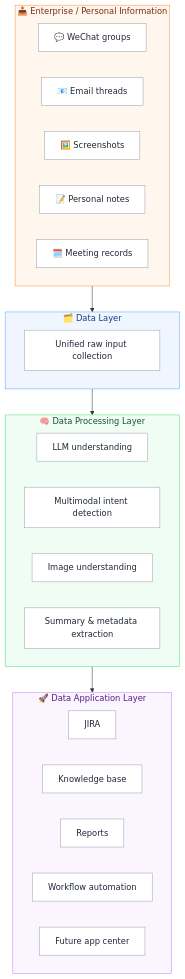
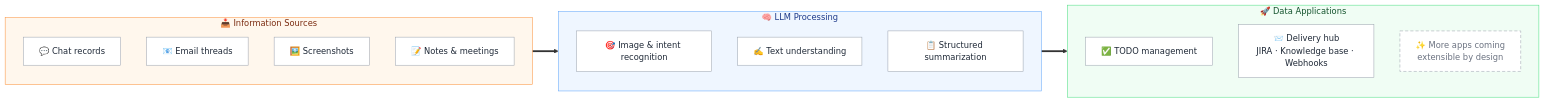
One commit to cloud2ai/devify changed the diagram in README.md. Above: the diagram before and after it, drawn with Mermaid. The commit also changed other lines of this file and 1 other file, not shown here.

Commit message:
Simplify architecture diagram and merge LLM platform sections
- Replace the two How-It-Works diagrams with a single pipeline:
  information sources -> LLM processing (image & intent recognition,
  text understanding, summarization) -> data applications (TODO
  management, delivery hub, dashed future-apps node for extensibility)
- Fold the Supported LLM Platforms list into Recommended LLM
  Providers and drop the redundant grid table
- Apply the same changes to README_ZH.md

````diff
--- a/README.md
+++ b/README.md
@@ -101,46 +101,38 @@
 ```mermaid
-flowchart TB
-    subgraph SRC["📥 Enterprise / Personal Information"]
-        direction LR
-        S1["💬 WeChat groups"]
+flowchart LR
+    subgraph SRC["📥 Information Sources"]
+        direction TB
+        S1["💬 Chat records"]
         S2["📧 Email threads"]
         S3["🖼️ Screenshots"]
-        S4["📝 Personal notes"]
-        S5["🗓️ Meeting records"]
+        S4["📝 Notes & meetings"]
     end
 
-    subgraph L1["🗂️ Data Layer"]
-        D1["Unified raw input collection"]
+    subgraph LLM["🧠 LLM Processing"]
+        direction TB
+        P1["🎯 Image & intent recognition"]
+        P2["✍️ Text understanding"]
+        P3["📋 Structured summarization"]
     end
 
-    subgraph L2["🧠 Data Processing Layer"]
-        direction LR
-        P1["LLM understanding"]
-        P2["Multimodal intent detection"]
-        P3["Image understanding"]
-        P4["Summary & metadata extraction"]
+    subgraph APP["🚀 Data Applications"]
+        direction TB
+        A1["✅ TODO management"]
+        A2["📨 Delivery hub<br/>JIRA · Knowledge base · Webhooks"]
+        A3["✨ More apps coming<br/>extensible by design"]
     end
 
-    subgraph L3["🚀 Data Application Layer"]
-        direction LR
-        A1["JIRA"]
-        A2["Knowledge base"]
-        A3["Reports"]
-        A4["Workflow automation"]
-        A5["Future app center"]
-    end
-
-    SRC --> L1 --> L2 --> L3
+    SRC ==> LLM ==> APP
 
     classDef srcStyle fill:#fff7ed,stroke:#fb923c,color:#7c2d12
-    classDef dataStyle fill:#eff6ff,stroke:#60a5fa,color:#1e3a8a
-    classDef procStyle fill:#f0fdf4,stroke:#4ade80,color:#14532d
-    classDef appStyle fill:#faf5ff,stroke:#c084fc,color:#581c87
+    classDef llmStyle fill:#eff6ff,stroke:#60a5fa,color:#1e3a8a
+    classDef appStyle fill:#f0fdf4,stroke:#4ade80,color:#14532d
     classDef nodeStyle fill:#ffffff,stroke:#9ca3af,color:#1f2937
+    classDef futureStyle fill:#ffffff,stroke:#9ca3af,color:#6b7280,stroke-dasharray:6 4
 
     class SRC srcStyle
-    class L1 dataStyle
-    class L2 procStyle
-    class L3 appStyle
-    class S1,S2,S3,S4,S5,D1,P1,P2,P3,P4,A1,A2,A3,A4,A5 nodeStyle
+    class LLM llmStyle
+    class APP appStyle
+    class S1,S2,S3,S4,P1,P2,P3,A1,A2 nodeStyle
+    class A3 futureStyle
 ```
````
